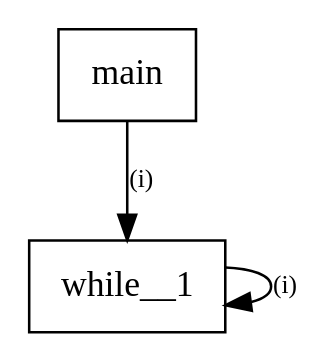
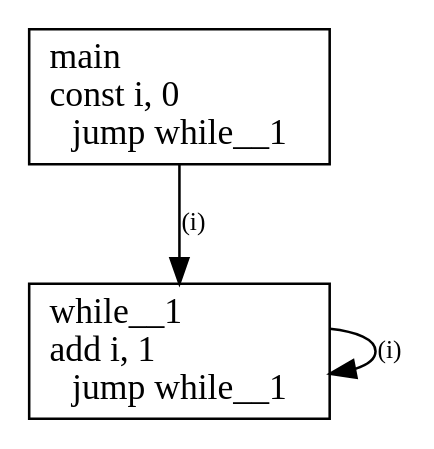
Before and after one commit to tmssngr/tinyC: the diagram in src/main/resources-test/compiler/windows/cfg-no-return.dot, drawn with Graphviz. The commit also changed 23 other files, not shown here.

```diff
--- a/src/main/resources-test/compiler/windows/cfg-no-return.dot
+++ b/src/main/resources-test/compiler/windows/cfg-no-return.dot
@@ -1,9 +1,9 @@
 digraph program {
 	edge[fontsize="10pt"];
 	subgraph fn_main {
-		BasicBlock_0_main [label="main",shape=box];
+		BasicBlock_0_main [label="main\lconst i, 0\ljump while__1",shape=box];
 		BasicBlock_0_main -> BasicBlock_0_while__1 [label="(i)"];
-		BasicBlock_0_while__1 [label="while__1",shape=box];
+		BasicBlock_0_while__1 [label="while__1\ladd i, 1\ljump while__1",shape=box];
 		BasicBlock_0_while__1 -> BasicBlock_0_while__1 [label="(i)"];
 	}
 }
```
